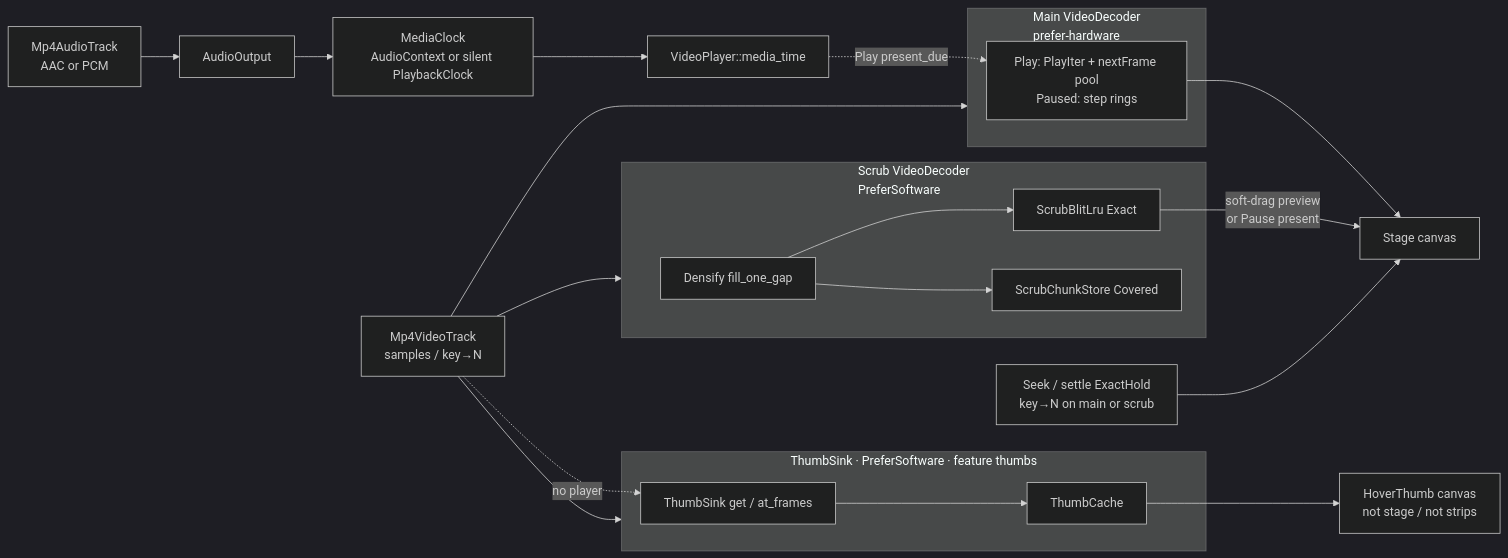
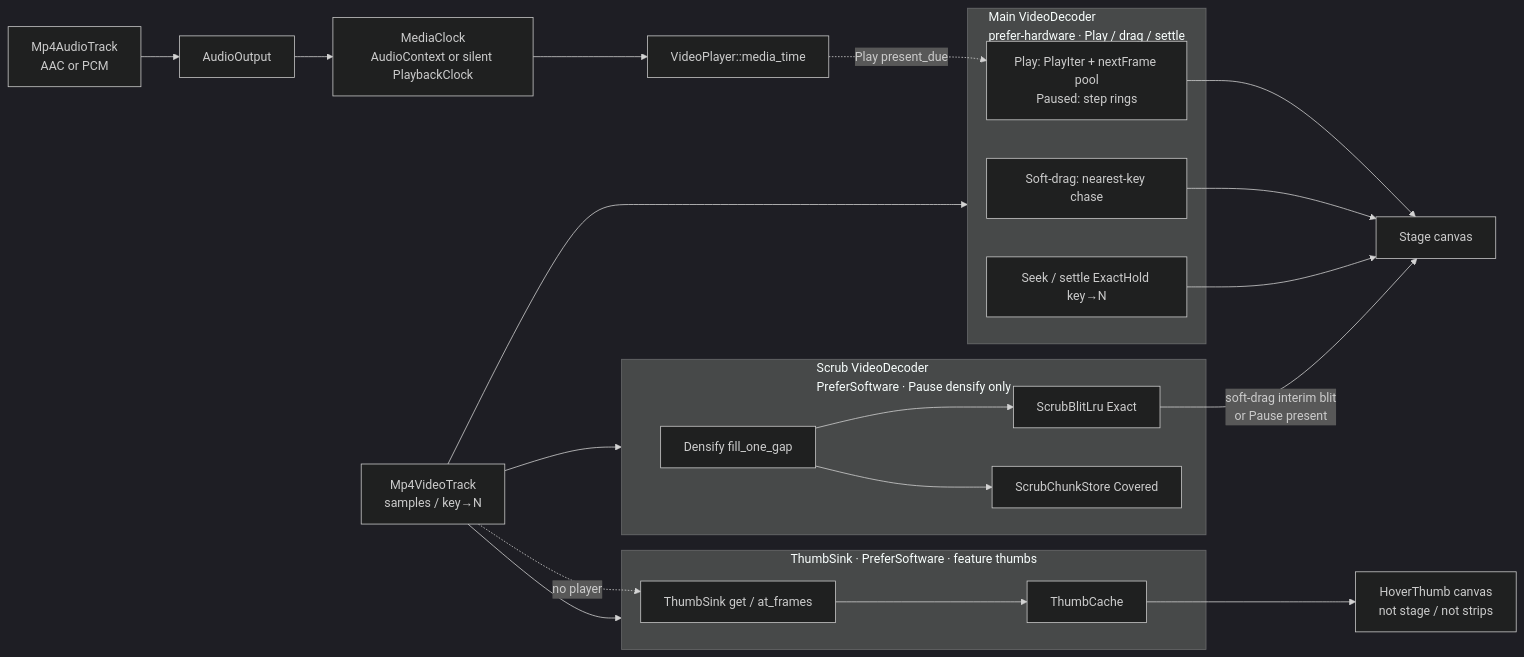
Before and after one commit to alexantoshuk/fpmedia-web: the first of 4 diagrams in .ai/architecture.md, drawn with Mermaid (dark theme). The commit also changed other lines of this file and 10 other files, not shown here.

First line of the commit message:
docs: clarify main-HW scrub vs PreferSoftware densify

````diff
--- a/.ai/architecture.md
+++ b/.ai/architecture.md
@@ -173,30 +173,33 @@
 ```mermaid
 flowchart LR
-  subgraph main["Main VideoDecoder<br/>prefer-hardware"]
+  subgraph main["Main VideoDecoder<br/>prefer-hardware · Play / drag / settle"]
     PQ["Play: PlayIter + nextFrame pool<br/>Paused: step rings"]
+    DRAG["Soft-drag: nearest-key chase"]
+    SETTLE["Seek / settle ExactHold key→N"]
   end
-  subgraph scrub["Scrub VideoDecoder<br/>PreferSoftware"]
+  subgraph scrub["Scrub VideoDecoder<br/>PreferSoftware · Pause densify only"]
     DEN["Densify fill_one_gap"]
     EX["ScrubBlitLru Exact"]
     CV["ScrubChunkStore Covered"]
     DEN --> EX
     DEN --> CV
   end
   subgraph thumb["ThumbSink · PreferSoftware · feature thumbs"]
     TS["ThumbSink get / at_frames"]
     TC["ThumbCache"]
     TS --> TC
   end
   SRC["Mp4VideoTrack<br/>samples / key→N"] --> main
   SRC --> scrub
   SRC --> thumb
   ASRC["Mp4AudioTrack<br/>AAC or PCM"] --> AOUT["AudioOutput"]
   AOUT --> CLK["MediaClock<br/>AudioContext or silent PlaybackClock"]
   CLK --> MT["VideoPlayer::media_time"]
   MT -.->|"Play present_due"| PQ
   PQ --> CANVAS["Stage canvas"]
-  EX -->|"soft-drag preview<br/>or Pause present"| CANVAS
-  SEEK["Seek / settle ExactHold<br/>key→N on main or scrub"] --> CANVAS
+  DRAG --> CANVAS
+  SETTLE --> CANVAS
+  EX -->|"soft-drag interim blit<br/>or Pause present"| CANVAS
   TC --> HOVER["HoverThumb canvas<br/>not stage / not strips"]
   SRC -.->|"no player"| TS
 ```
````
